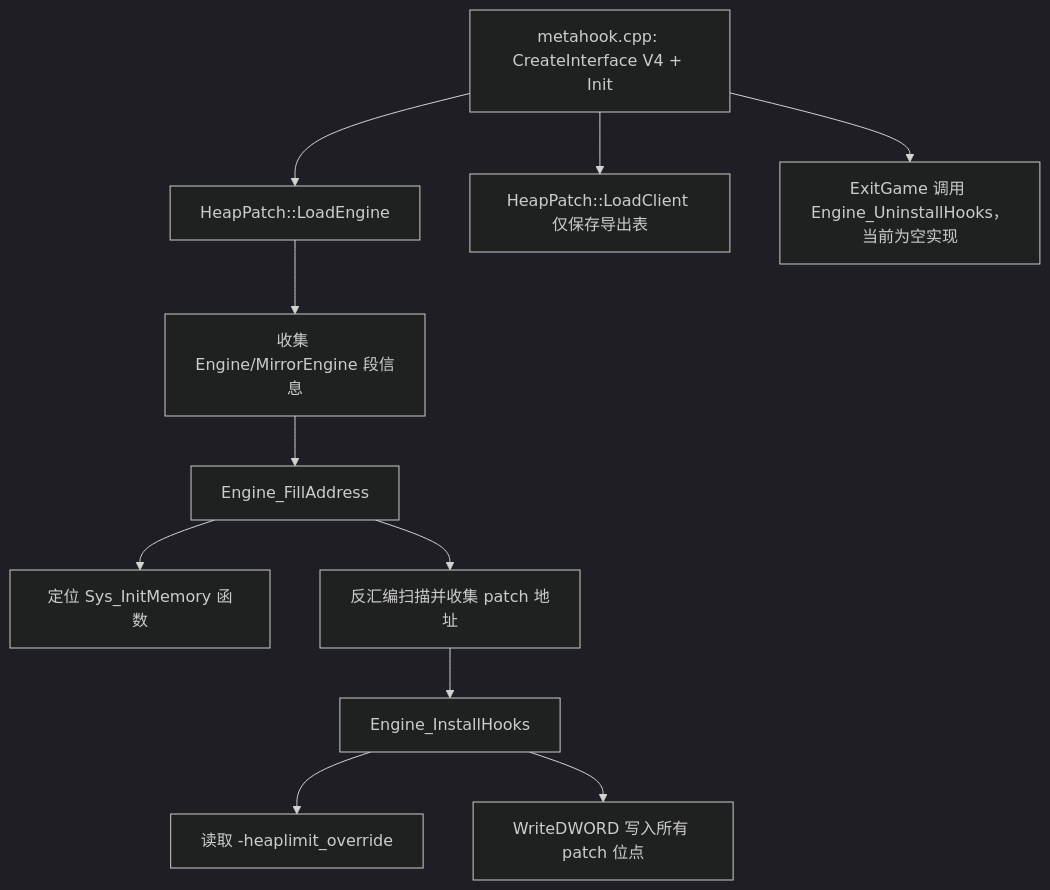
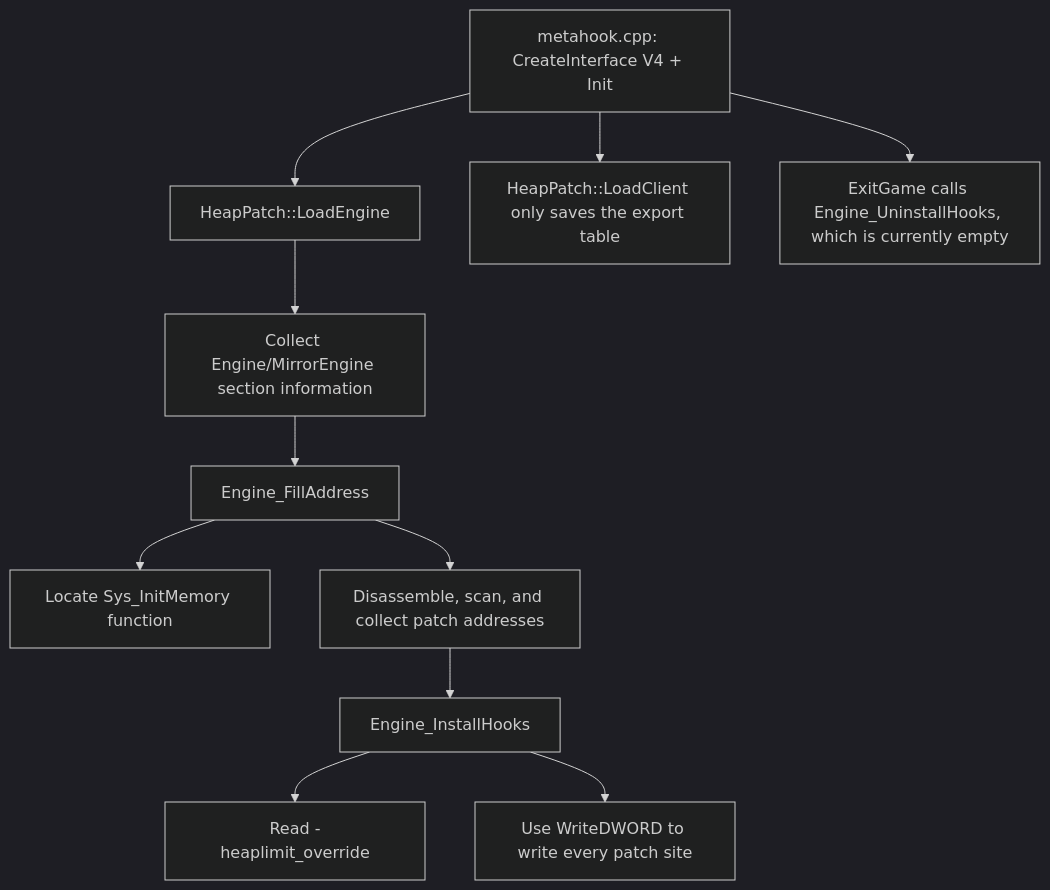
The diagram in memory/HeapPatch.md (hzqst/MetaHookSv), drawn with Mermaid (dark theme) before and after one commit. The commit also changed other lines of this file and 47 other files, not shown here.

````diff
--- a/memory/HeapPatch.md
+++ b/memory/HeapPatch.md
@@ -36,13 +36,13 @@
 ```mermaid
 flowchart TD
     A[metahook.cpp: CreateInterface V4 + Init] --> B[HeapPatch::LoadEngine]
-    B --> C[收集 Engine/MirrorEngine 段信息]
+    B --> C[Collect Engine/MirrorEngine section information]
     C --> D[Engine_FillAddress]
-    D --> D1[定位 Sys_InitMemory 函数]
-    D --> D2[反汇编扫描并收集 patch 地址]
+    D --> D1[Locate Sys_InitMemory function]
+    D --> D2[Disassemble, scan, and collect patch addresses]
     D2 --> E[Engine_InstallHooks]
-    E --> E1[读取 -heaplimit_override]
-    E --> E2[WriteDWORD 写入所有 patch 位点]
-    A --> F[HeapPatch::LoadClient 仅保存导出表]
-    A --> G[ExitGame 调用 Engine_UninstallHooks，当前为空实现]
+    E --> E1[Read -heaplimit_override]
+    E --> E2[Use WriteDWORD to write every patch site]
+    A --> F[HeapPatch::LoadClient only saves the export table]
+    A --> G[ExitGame calls Engine_UninstallHooks, which is currently empty]
 ```
````
